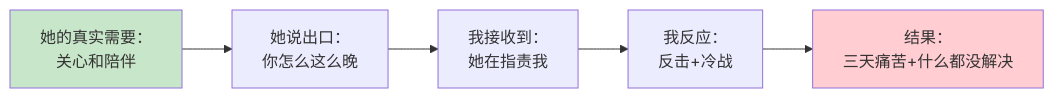
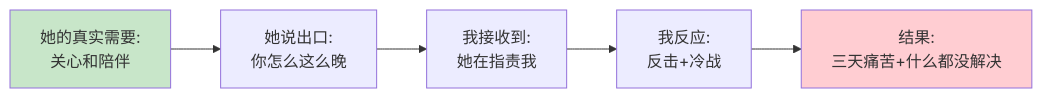
The first of 14 diagrams in packages/website/13.书籍/06.自我精进·立言/02.沟通实战/02.沟通能力的演进.md (chongyang211/YCBookBlog), drawn with Mermaid before and after one commit. The commit also changed other lines of this file, not shown here.

````diff
--- a/packages/website/13.书籍/06.自我精进·立言/02.沟通实战/02.沟通能力的演进.md
+++ b/packages/website/13.书籍/06.自我精进·立言/02.沟通实战/02.沟通能力的演进.md
@@ -49,10 +46,9 @@
 ```mermaid
 flowchart LR
-    A[她的真实需要：<br/>关心和陪伴] --> B[她说出口：<br/>你怎么这么晚]
-    B --> C[我接收到：<br/>她在指责我]
-    C --> D[我反应：<br/>反击+冷战]
-    D --> E[结果：<br/>三天痛苦+什么都没解决]
-    
+    A[她的真实需要:<br/>关心和陪伴] --> B[她说出口:<br/>你怎么这么晚]
+    B --> C[我接收到:<br/>她在指责我]
+    C --> D[我反应:<br/>反击+冷战]
+    D --> E[结果:<br/>三天痛苦+什么都没解决]
     style A fill:#c8e6c9
     style E fill:#ffcdd2
 ```
````
